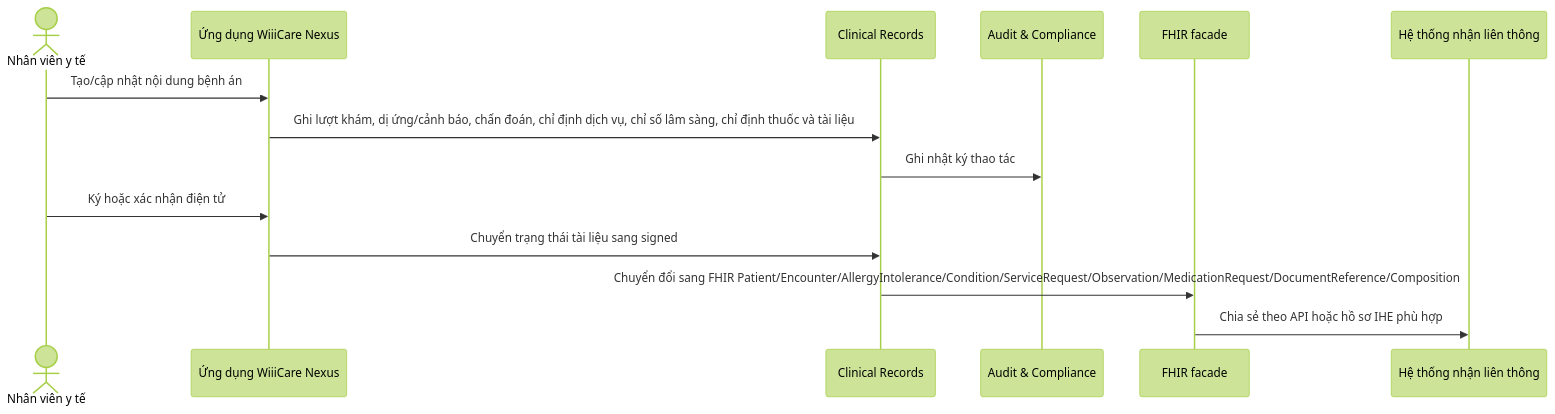
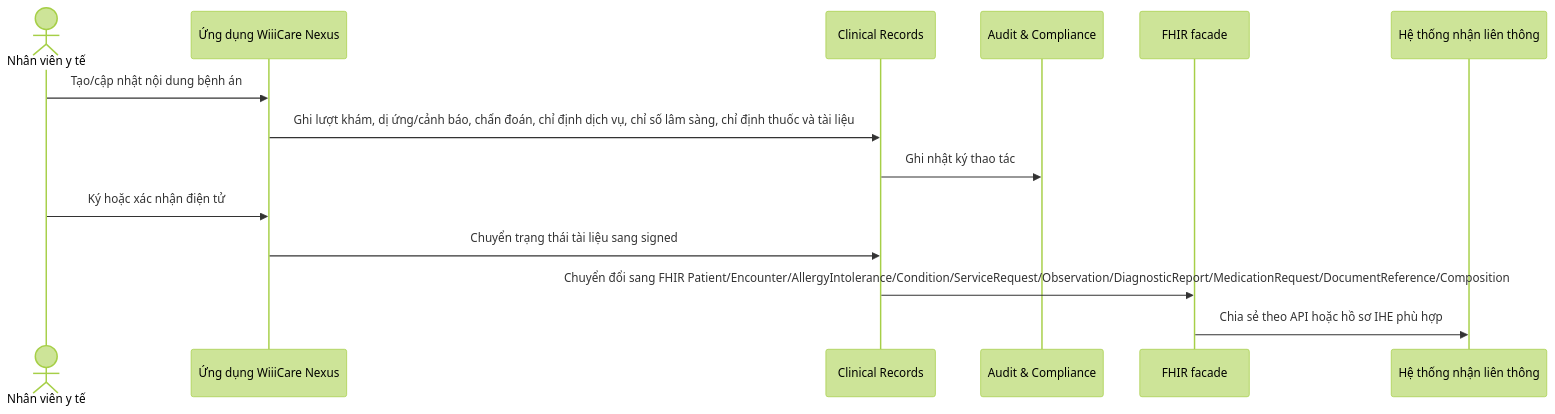
Before and after one commit to meiiie/benh_vien: the second of 2 diagrams in docs/ARCHITECTURE.md, drawn with Mermaid (forest theme). The commit also changed other lines of this file and 33 other files, not shown here.

````diff
--- a/docs/ARCHITECTURE.md
+++ b/docs/ARCHITECTURE.md
@@ -59,17 +59,17 @@
 ```mermaid
 sequenceDiagram
   actor User as Nhân viên y tế
   participant App as Ứng dụng WiiiCare Nexus
   participant EMR as Clinical Records
   participant Audit as Audit & Compliance
   participant FHIR as FHIR facade
   participant Partner as Hệ thống nhận liên thông
 
   User->>App: Tạo/cập nhật nội dung bệnh án
   App->>EMR: Ghi lượt khám, dị ứng/cảnh báo, chẩn đoán, chỉ định dịch vụ, chỉ số lâm sàng, chỉ định thuốc và tài liệu
   EMR->>Audit: Ghi nhật ký thao tác
   User->>App: Ký hoặc xác nhận điện tử
   App->>EMR: Chuyển trạng thái tài liệu sang signed
-  EMR->>FHIR: Chuyển đổi sang FHIR Patient/Encounter/AllergyIntolerance/Condition/ServiceRequest/Observation/MedicationRequest/DocumentReference/Composition
+  EMR->>FHIR: Chuyển đổi sang FHIR Patient/Encounter/AllergyIntolerance/Condition/ServiceRequest/Observation/DiagnosticReport/MedicationRequest/DocumentReference/Composition
   FHIR->>Partner: Chia sẻ theo API hoặc hồ sơ IHE phù hợp
 ```
````
